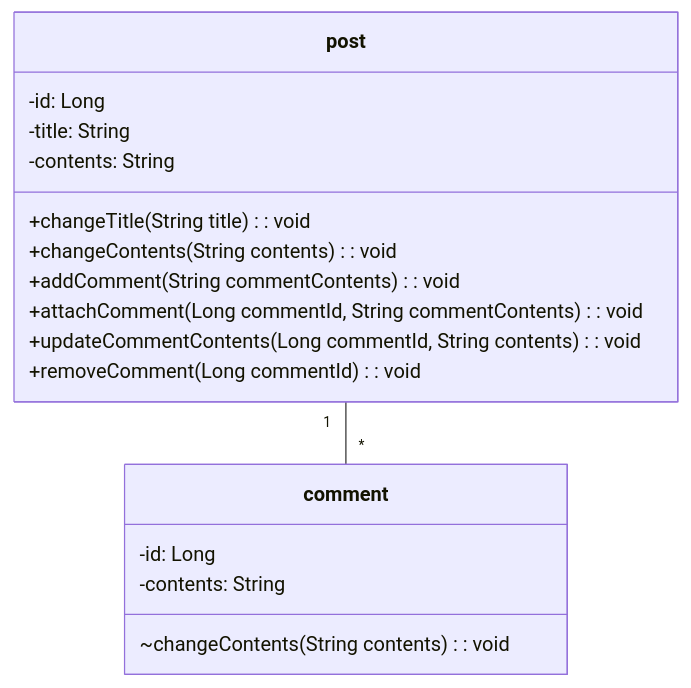
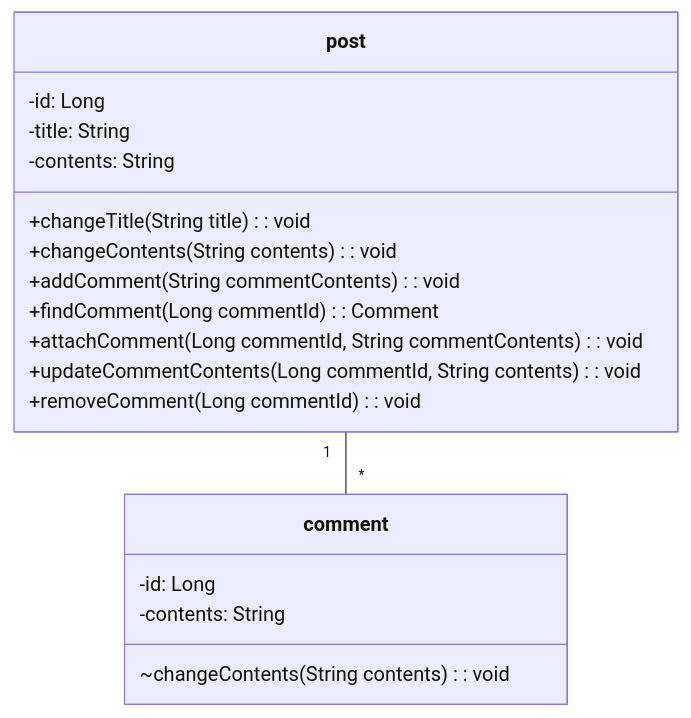
The diagram in board/README.md (GoGradually/SuperBoard), drawn with Mermaid before and after one commit. The commit also changed other lines of this file, not shown here.

````diff
--- a/board/README.md
+++ b/board/README.md
@@ -190,22 +190,23 @@
 ```mermaid
 classDiagram
     class post {
         -id: Long
         -title: String
         -contents: String
         +changeTitle(String title): void
         +changeContents(String contents): void
         +addComment(String commentContents): void
+        +findComment(Long commentId): Comment
         +attachComment(Long commentId, String commentContents): void
         +updateCommentContents(Long commentId, String contents): void
         +removeComment(Long commentId): void
     }
     class comment{
         -id: Long
         -contents: String
         ~changeContents(String contents): void
     }
 
     post "1"--"*" comment
 
 ```
````
